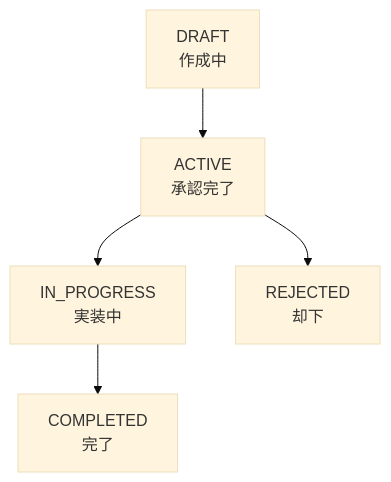
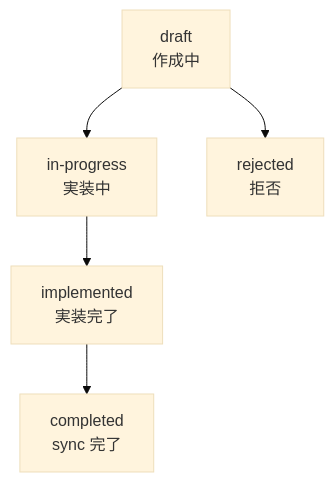
One commit to modu-ai/moai-adk changed the second of 2 diagrams in docs-site/content/ja/workflow-commands/moai-plan.md. Above: the diagram before and after it, drawn with Mermaid (base theme). The commit also changed other lines of this file and 180 other files, not shown here.

````diff
--- a/docs-site/content/ja/workflow-commands/moai-plan.md
+++ b/docs-site/content/ja/workflow-commands/moai-plan.md
@@ -262,7 +315,7 @@
 ```mermaid
 flowchart TD
-    A["DRAFT<br/>作成中"] --> B["ACTIVE<br/>承認完了"]
-    B --> C["IN_PROGRESS<br/>実装中"]
-    C --> D["COMPLETED<br/>完了"]
-    B --> E["REJECTED<br/>却下"]
+    A["draft<br/>作成中"] --> B["in-progress<br/>実装中"]
+    B --> C["implemented<br/>実装完了"]
+    C --> D["completed<br/>sync 完了"]
+    A --> E["rejected<br/>拒否"]
 ```
````
